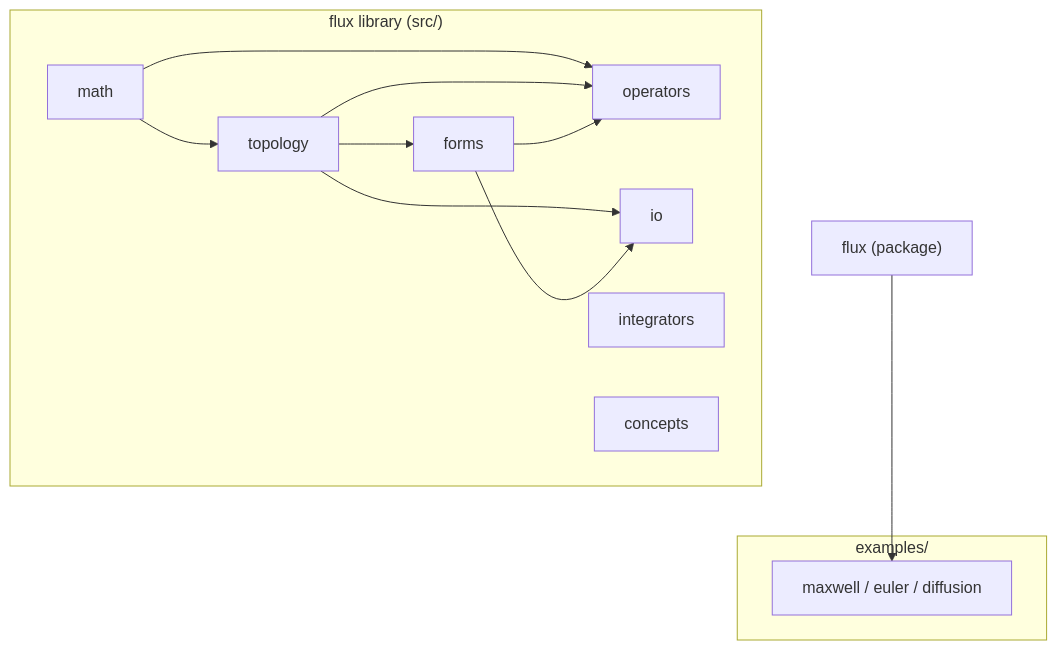
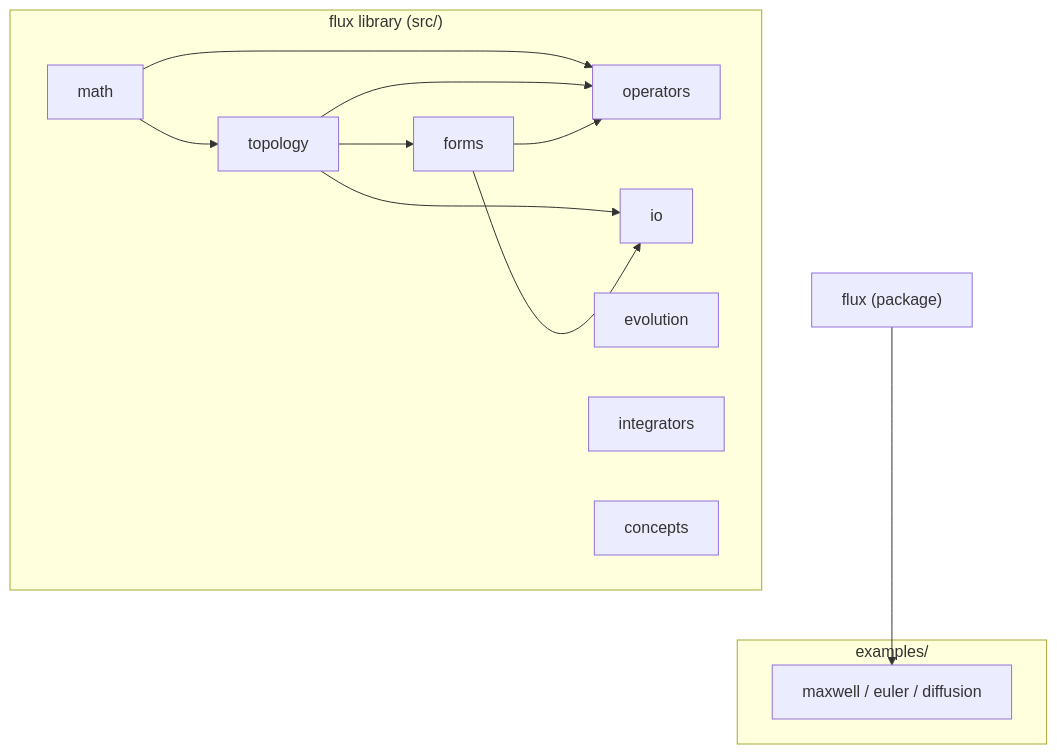
Before and after one commit to harnesslabs/flux: the diagram in project/components.md, drawn with Mermaid. The commit also changed other lines of this file and 47 other files, not shown here.

````diff
--- a/project/components.md
+++ b/project/components.md
@@ -100,26 +107,27 @@
 ```mermaid
 flowchart TD
     math --> topology
     topology --> forms
     math --> operators
     topology --> operators
     forms --> operators
     topology --> io
     forms --> io
 
     subgraph "flux library (src/)"
         math
         topology
         forms
         operators
         io
+        evolution
         integrators
         concepts
     end
 
     subgraph "examples/"
         examples_suite["maxwell / euler / diffusion"]
     end
 
     flux_library["flux (package)"] --> examples_suite
 ```
````
